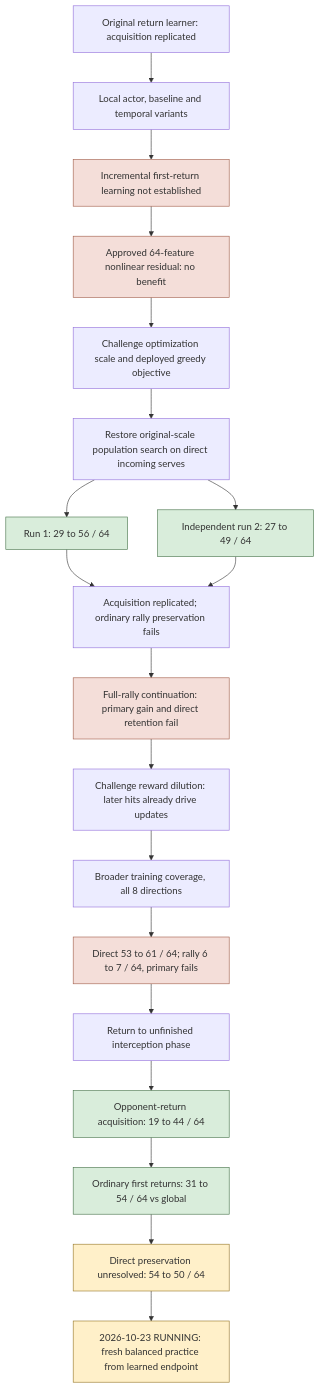
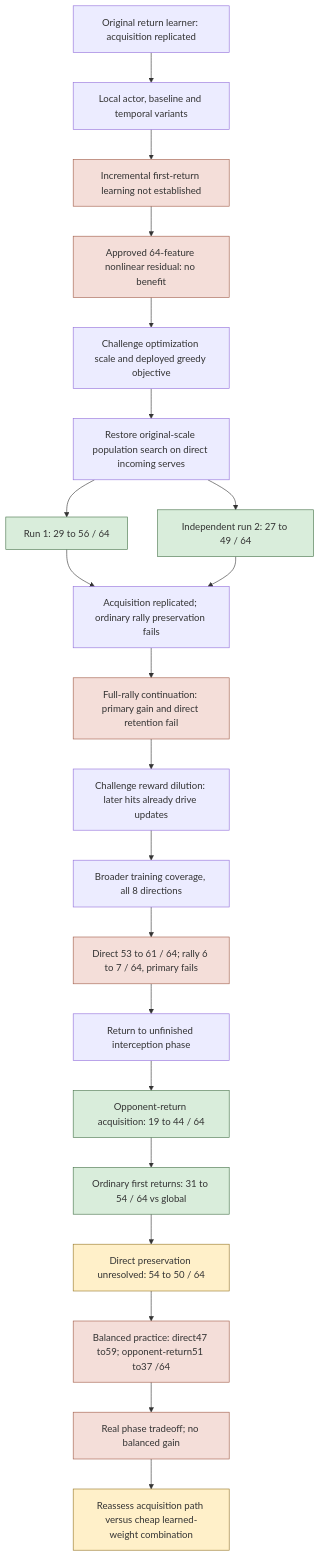
The diagram in docs/reconstruction/2026-10-22-progress-map.md (rruhland/Fly-Connectome), drawn with Mermaid before and after one commit. The commit also changed other lines of this file and 1 other file, not shown here.

Commit message:
Record checked phase tradeoff and bounded interpolation decision

````diff
--- a/docs/reconstruction/2026-10-22-progress-map.md
+++ b/docs/reconstruction/2026-10-22-progress-map.md
@@ -7,27 +7,30 @@
 ```mermaid
 flowchart TD
     A[Original return learner: acquisition replicated] --> B[Local actor, baseline and temporal variants]
     B --> C[Incremental first-return learning not established]
     C --> D[Approved 64-feature nonlinear residual: no benefit]
     D --> E[Challenge optimization scale and deployed greedy objective]
     E --> F[Restore original-scale population search on direct incoming serves]
     F --> G[Run 1: 29 to 56 / 64]
     F --> H[Independent run 2: 27 to 49 / 64]
     G --> I[Acquisition replicated; ordinary rally preservation fails]
     H --> I
     I --> J[Full-rally continuation: primary gain and direct retention fail]
     J --> K[Challenge reward dilution: later hits already drive updates]
     K --> L[Broader training coverage, all 8 directions]
     L --> M[Direct 53 to 61 / 64; rally 6 to 7 / 64, primary fails]
     M --> N[Return to unfinished interception phase]
     N --> O[Opponent-return acquisition: 19 to 44 / 64]
     O --> P[Ordinary first returns: 31 to 54 / 64 vs global]
     P --> Q[Direct preservation unresolved: 54 to 50 / 64]
-    Q --> R[2026-10-23 RUNNING: fresh balanced practice from learned endpoint]
+    Q --> R[Balanced practice: direct47 to59; opponent-return51 to37 /64]
+    R --> S[Real phase tradeoff; no balanced gain]
+    S --> T[Reassess acquisition path versus cheap learned-weight combination]
     classDef gain fill:#d9eddb,stroke:#46734a
     classDef fail fill:#f4ded9,stroke:#a15d49
     classDef active fill:#fff0c9,stroke:#967627
     class G,H,O,P gain
     class C,D,J,M fail
-    class Q,R active
+    class Q,T active
+    class R,S fail
 ```
````
